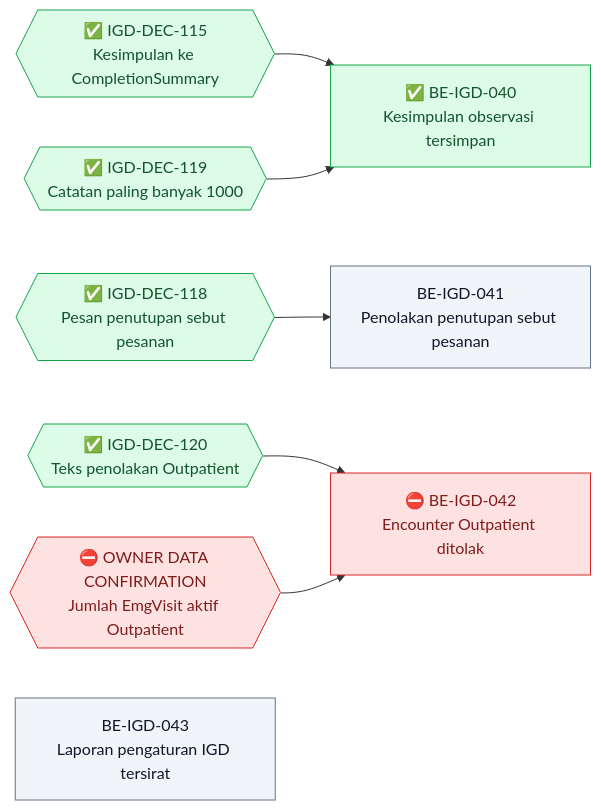
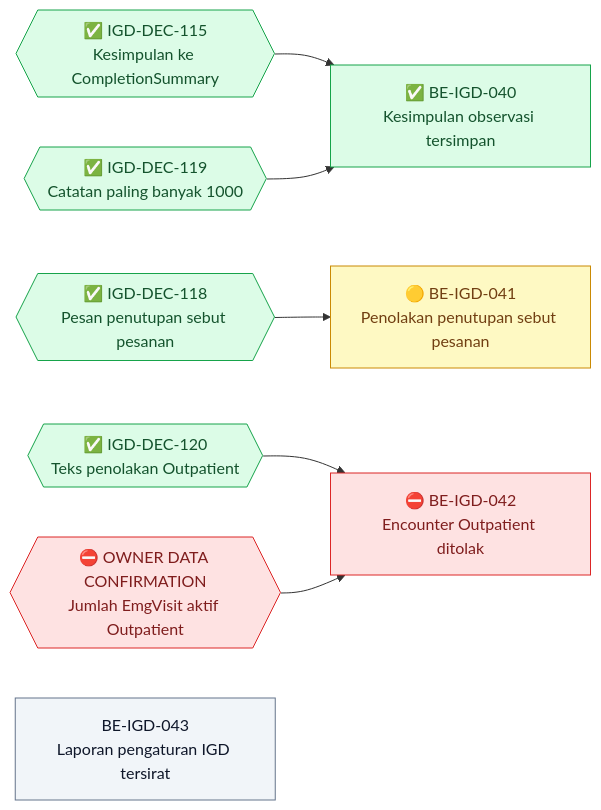
The seventh of 8 diagrams in docs/module-blueprints/igd/roadmap/backend-roadmap.md (DevBenari/NewQuilvianSystemBackend), drawn with Mermaid before and after one commit. The commit also changed other lines of this file and 21 other files, not shown here.

````diff
--- a/docs/module-blueprints/igd/roadmap/backend-roadmap.md
+++ b/docs/module-blueprints/igd/roadmap/backend-roadmap.md
@@ -1249,24 +1255,24 @@
 ```mermaid
 flowchart LR
     classDef selesai fill:#DCFCE7,stroke:#16A34A,color:#14532D
     classDef sebagian fill:#FEF9C3,stroke:#CA8A04,color:#713F12
     classDef terblokir fill:#FEE2E2,stroke:#DC2626,color:#7F1D1D
     classDef belum fill:#F1F5F9,stroke:#64748B,color:#0F172A
     classDef luar fill:#EDE9FE,stroke:#7C3AED,color:#3B0764
 
     DEC115{{"✅ IGD-DEC-115<br/>Kesimpulan ke CompletionSummary"}}:::selesai
     DEC119{{"✅ IGD-DEC-119<br/>Catatan paling banyak 1000"}}:::selesai
     DEC118{{"✅ IGD-DEC-118<br/>Pesan penutupan sebut pesanan"}}:::selesai
     DEC120{{"✅ IGD-DEC-120<br/>Teks penolakan Outpatient"}}:::selesai
     OWNERDATA{{"⛔ OWNER DATA CONFIRMATION<br/>Jumlah EmgVisit aktif Outpatient"}}:::terblokir
     BEIGD040["✅ BE-IGD-040<br/>Kesimpulan observasi tersimpan"]:::selesai
-    BEIGD041["BE-IGD-041<br/>Penolakan penutupan sebut pesanan"]:::belum
+    BEIGD041["🟡 BE-IGD-041<br/>Penolakan penutupan sebut pesanan"]:::sebagian
     BEIGD042["⛔ BE-IGD-042<br/>Encounter Outpatient ditolak"]:::terblokir
     BEIGD043["BE-IGD-043<br/>Laporan pengaturan IGD tersirat"]:::belum
 
     DEC115 --> BEIGD040
     DEC119 --> BEIGD040
     DEC118 --> BEIGD041
     DEC120 --> BEIGD042
     OWNERDATA --> BEIGD042
 ```
````
